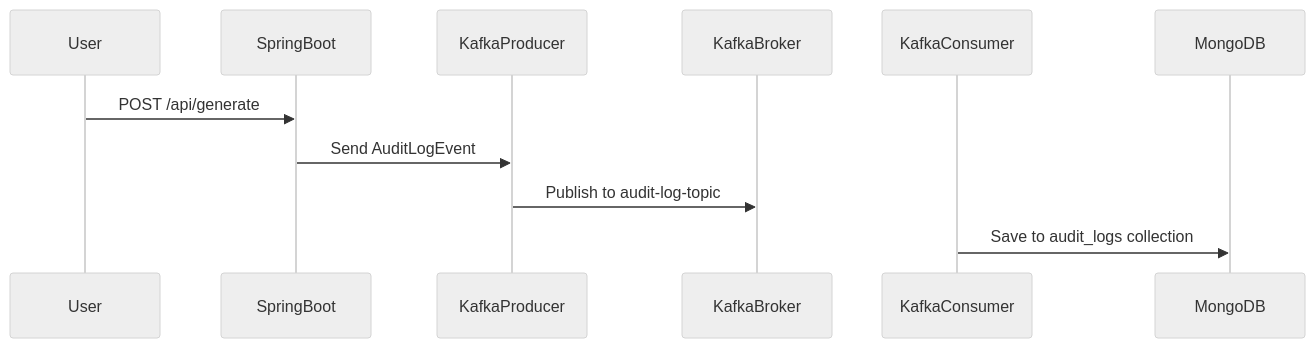
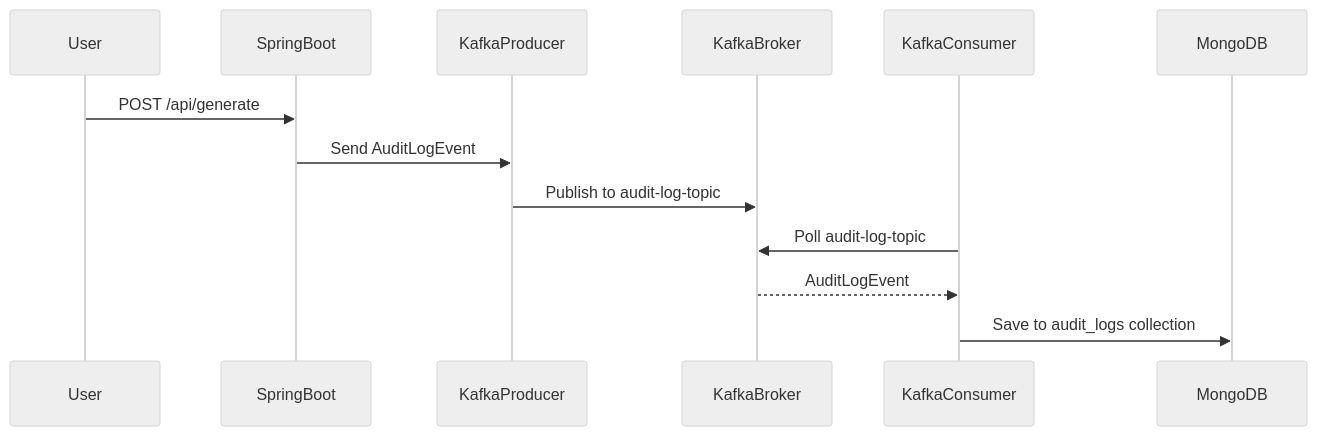
One commit to xmyLydia/rapid-crud-generator changed the diagram in README.md. Above: the diagram before and after it, drawn with Mermaid (neutral theme).

````diff
--- a/README.md
+++ b/README.md
@@ -120,7 +120,10 @@
 ```mermaid
 sequenceDiagram
     User->>SpringBoot: POST /api/generate
     SpringBoot->>KafkaProducer: Send AuditLogEvent
     KafkaProducer->>KafkaBroker: Publish to audit-log-topic
+    KafkaConsumer->>KafkaBroker: Poll audit-log-topic
+    KafkaBroker-->>KafkaConsumer: AuditLogEvent
     KafkaConsumer->>MongoDB: Save to audit_logs collection
+
 ```
````
